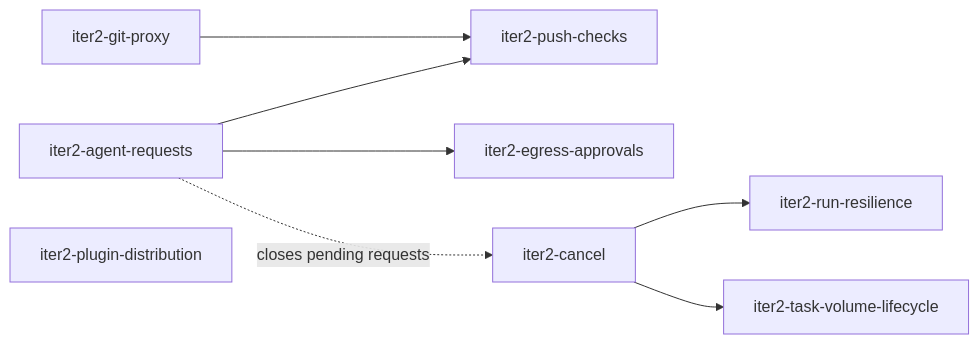
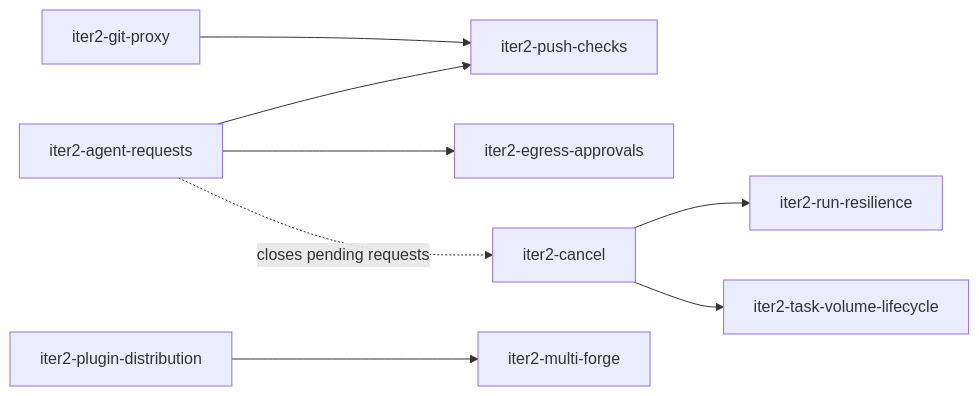
One commit to prskr/dark-factory changed the diagram in product/iterations/iteration-2.md. Above: the diagram before and after it, drawn with Mermaid. The commit also changed other lines of this file and 8 other files, not shown here.

First line of the commit message:
Spec: propose iter2-multi-forge

````diff
--- a/product/iterations/iteration-2.md
+++ b/product/iterations/iteration-2.md
@@ -29,11 +29,11 @@
 ```mermaid
 flowchart LR
   GP[iter2-git-proxy] --> PC[iter2-push-checks]
   AR[iter2-agent-requests] --> PC
   AR --> EA[iter2-egress-approvals]
   CA[iter2-cancel]
   AR -. closes pending requests .-> CA
   CA --> RR[iter2-run-resilience]
   CA --> TV[iter2-task-volume-lifecycle]
-  PD[iter2-plugin-distribution]
+  PD[iter2-plugin-distribution] --> MF[iter2-multi-forge]
 ```
````
